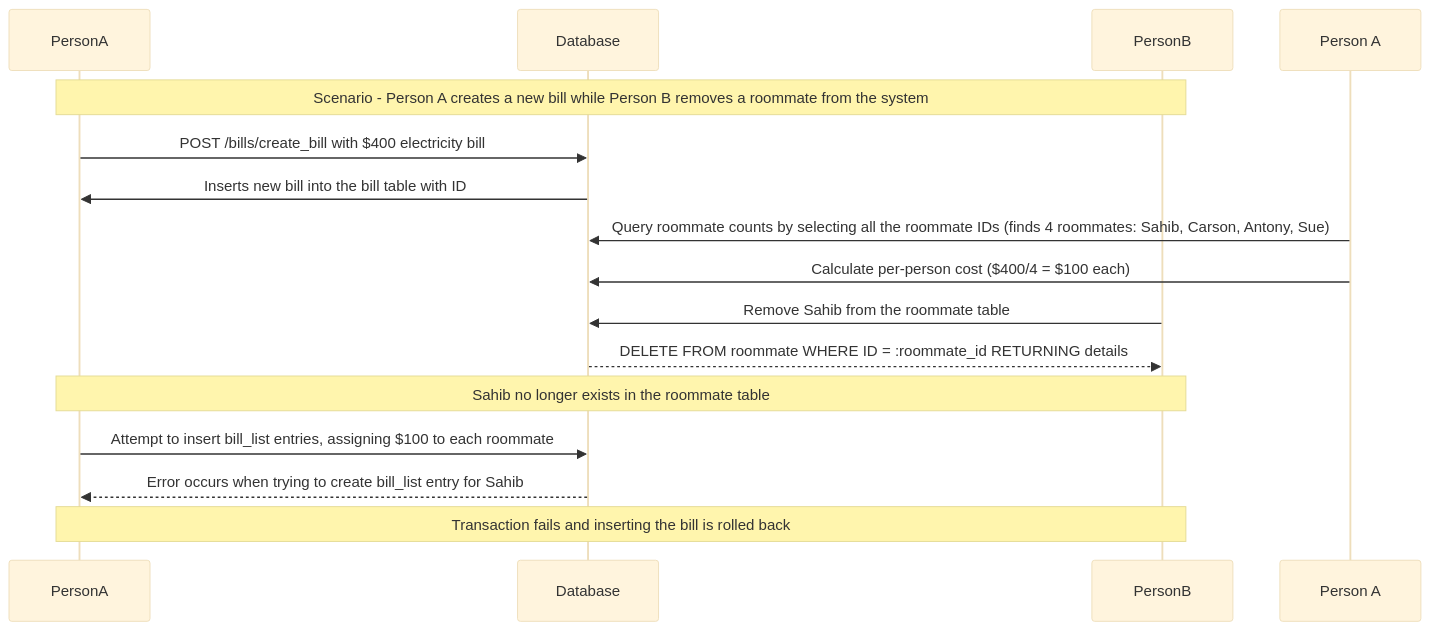
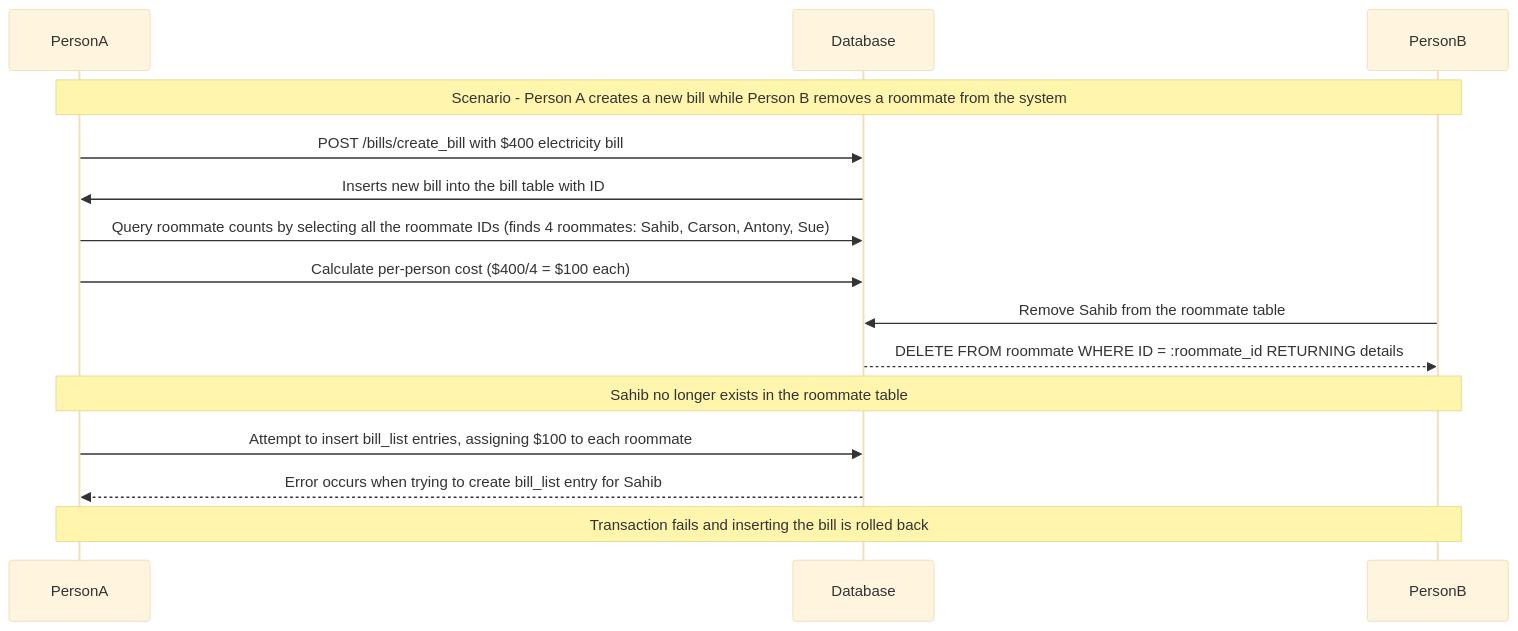
One commit to s6hib/Chore-Tracker-API changed the first of 2 diagrams in docs/concurrency.md. Above: the diagram before and after it, drawn with Mermaid (base theme).

Commit message:
add sequence diagram for scenario 1

````diff
--- a/docs/concurrency.md
+++ b/docs/concurrency.md
@@ -18,18 +18,18 @@
 ``` mermaid
 sequenceDiagram
     participant PersonA
     participant Database
     participant PersonB
 
     Note over PersonA, PersonB: Scenario - Person A creates a new bill while Person B removes a roommate from the system
     PersonA->>Database: POST /bills/create_bill with $400 electricity bill
     Database->>PersonA: Inserts new bill into the bill table with ID #14
-    Person A->>Database: Query roommate counts by selecting all the roommate IDs (finds 4 roommates: Sahib, Carson, Antony, Sue)
-    Person A->>Database: Calculate per-person cost ($400/4 = $100 each)
+    PersonA->>Database: Query roommate counts by selecting all the roommate IDs (finds 4 roommates: Sahib, Carson, Antony, Sue)
+    PersonA->>Database: Calculate per-person cost ($400/4 = $100 each)
     PersonB->>Database: Remove Sahib from the roommate table
     Database-->>PersonB: DELETE FROM roommate WHERE ID = :roommate_id RETURNING details
     Note over PersonA, PersonB: Sahib no longer exists in the roommate table
     PersonA->>Database: Attempt to insert bill_list entries, assigning $100 to each roommate
     Database-->>PersonA: Error occurs when trying to create bill_list entry for Sahib
     Note over PersonA, PersonB: Transaction fails and inserting the bill is rolled back
 ```
````
